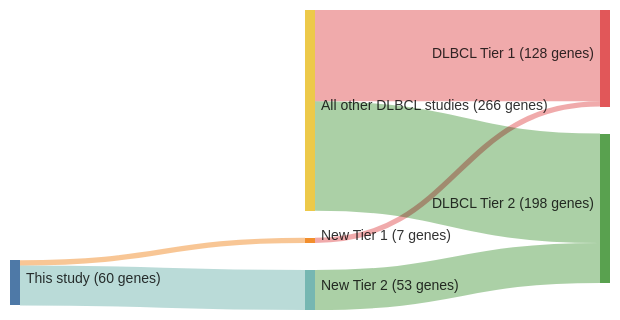
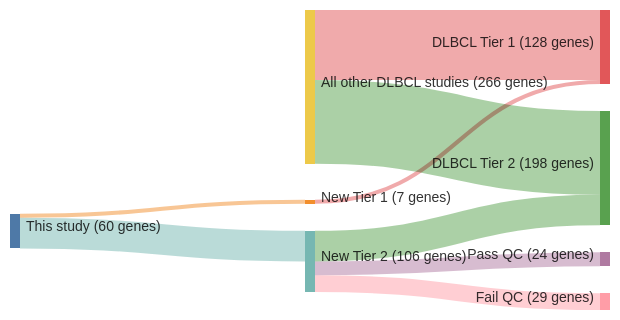
The diagram in papers/reddyGeneticFunctionalDrivers2017.md (morinlab/lymphopedia), drawn with Mermaid before and after one commit. The commit also changed 1 other file, not shown here.

````diff
--- a/papers/reddyGeneticFunctionalDrivers2017.md
+++ b/papers/reddyGeneticFunctionalDrivers2017.md
@@ -12,20 +12,22 @@
 ```mermaid
 ---
 config:
     sankey:
         showValues: true
         linkColor: target
         width: 600
         height: 300
         nodeAlignment: right
         prefix: '('
         suffix: ' genes)'
 ---
 sankey-beta
 This study, New Tier 1, 7
 New Tier 1, DLBCL Tier 1, 7
 This study, New Tier 2, 53
 New Tier 2, DLBCL Tier 2, 53
 All other DLBCL studies, DLBCL Tier 1, 121
 All other DLBCL studies, DLBCL Tier 2, 145
+New Tier 2, Pass QC, 24
+New Tier 2, Fail QC, 29
 ```
````
